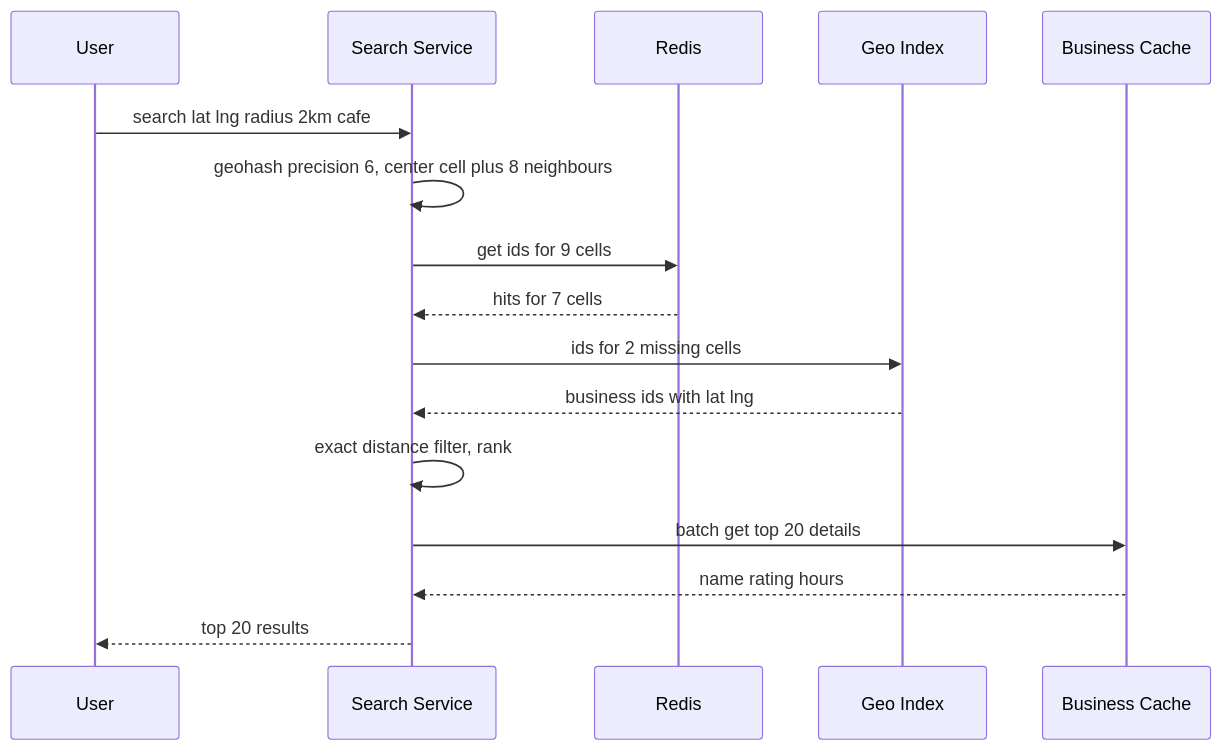
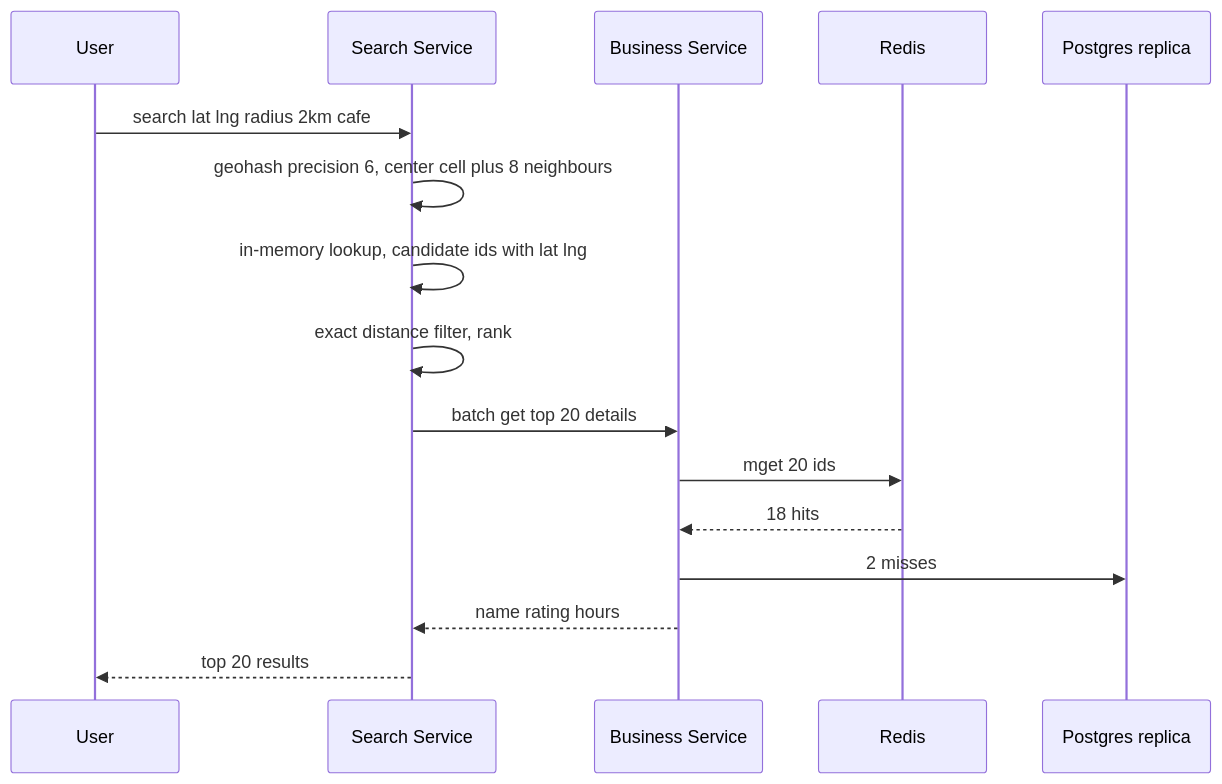
Before and after one commit to flow6979/system-design-prep: the second of 2 diagrams in content-en/02-questions/t2-21-nearby-places.md, drawn with Mermaid. The commit also changed other lines of this file and 61 other files, not shown here.

````diff
--- a/content-en/02-questions/t2-21-nearby-places.md
+++ b/content-en/02-questions/t2-21-nearby-places.md
@@ -101,18 +108,18 @@
 ```mermaid
 sequenceDiagram
   participant U as User
   participant LS as Search Service
+  participant BS as Business Service
   participant R as Redis
-  participant GI as Geo Index
-  participant BS as Business Cache
+  participant DB as Postgres replica
   U->>LS: search lat lng radius 2km cafe
   LS->>LS: geohash precision 6, center cell plus 8 neighbours
-  LS->>R: get ids for 9 cells
-  R-->>LS: hits for 7 cells
-  LS->>GI: ids for 2 missing cells
-  GI-->>LS: business ids with lat lng
+  LS->>LS: in-memory lookup, candidate ids with lat lng
   LS->>LS: exact distance filter, rank
   LS->>BS: batch get top 20 details
+  BS->>R: mget 20 ids
+  R-->>BS: 18 hits
+  BS->>DB: 2 misses
   BS-->>LS: name rating hours
   LS-->>U: top 20 results
 ```
````
